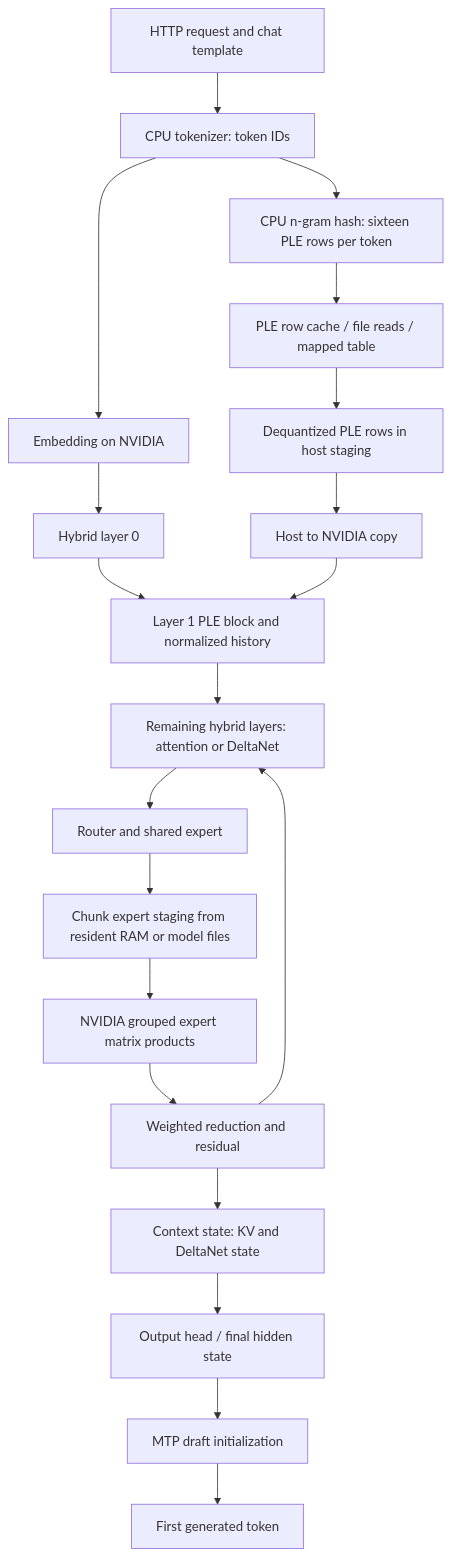
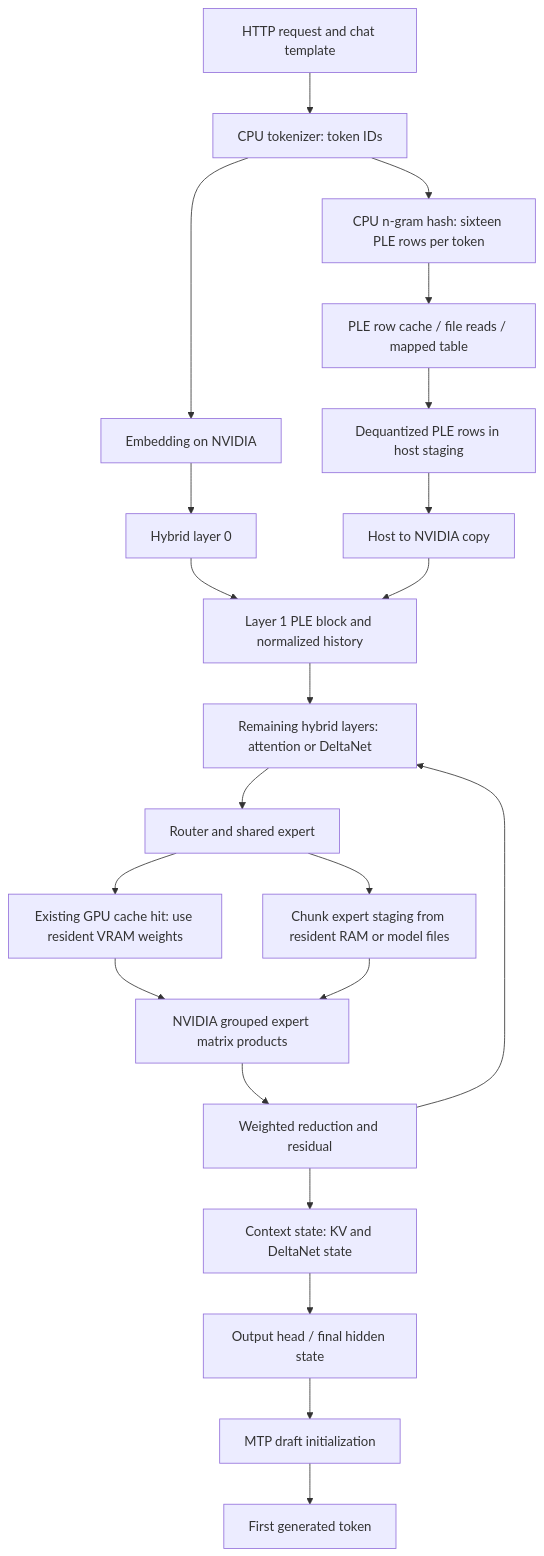
One commit to xdcgh/Strata-Hetero changed the first of 3 diagrams in docs/HETERO_DATAFLOW.md. Above: the diagram before and after it, drawn with Mermaid. The commit also changed other lines of this file and 15 other files, not shown here.

````diff
--- a/docs/HETERO_DATAFLOW.md
+++ b/docs/HETERO_DATAFLOW.md
@@ -7,22 +7,24 @@
 ```mermaid
 flowchart TD
   A[HTTP request and chat template] --> B[CPU tokenizer: token IDs]
   B --> C[Embedding on NVIDIA]
   B --> D[CPU n-gram hash: sixteen PLE rows per token]
   D --> E[PLE row cache / file reads / mapped table]
   E --> F[Dequantized PLE rows in host staging]
   F --> G[Host to NVIDIA copy]
   C --> L0[Hybrid layer 0]
   L0 --> P[Layer 1 PLE block and normalized history]
   G --> P
   P --> L[Remaining hybrid layers: attention or DeltaNet]
   L --> R[Router and shared expert]
+  R --> Z[Existing GPU cache hit: use resident VRAM weights]
+  Z --> X
   R --> S[Chunk expert staging from resident RAM or model files]
   S --> X[NVIDIA grouped expert matrix products]
   X --> Y[Weighted reduction and residual]
   Y --> L
   Y --> K[Context state: KV and DeltaNet state]
   K --> H[Output head / final hidden state]
   H --> M[MTP draft initialization]
   M --> V[First generated token]
 ```
````
